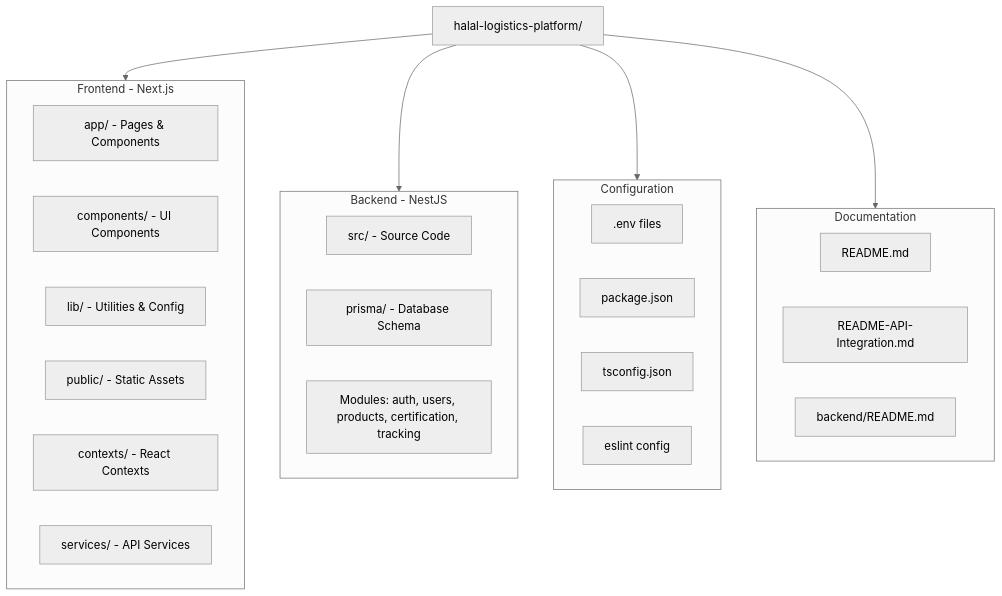
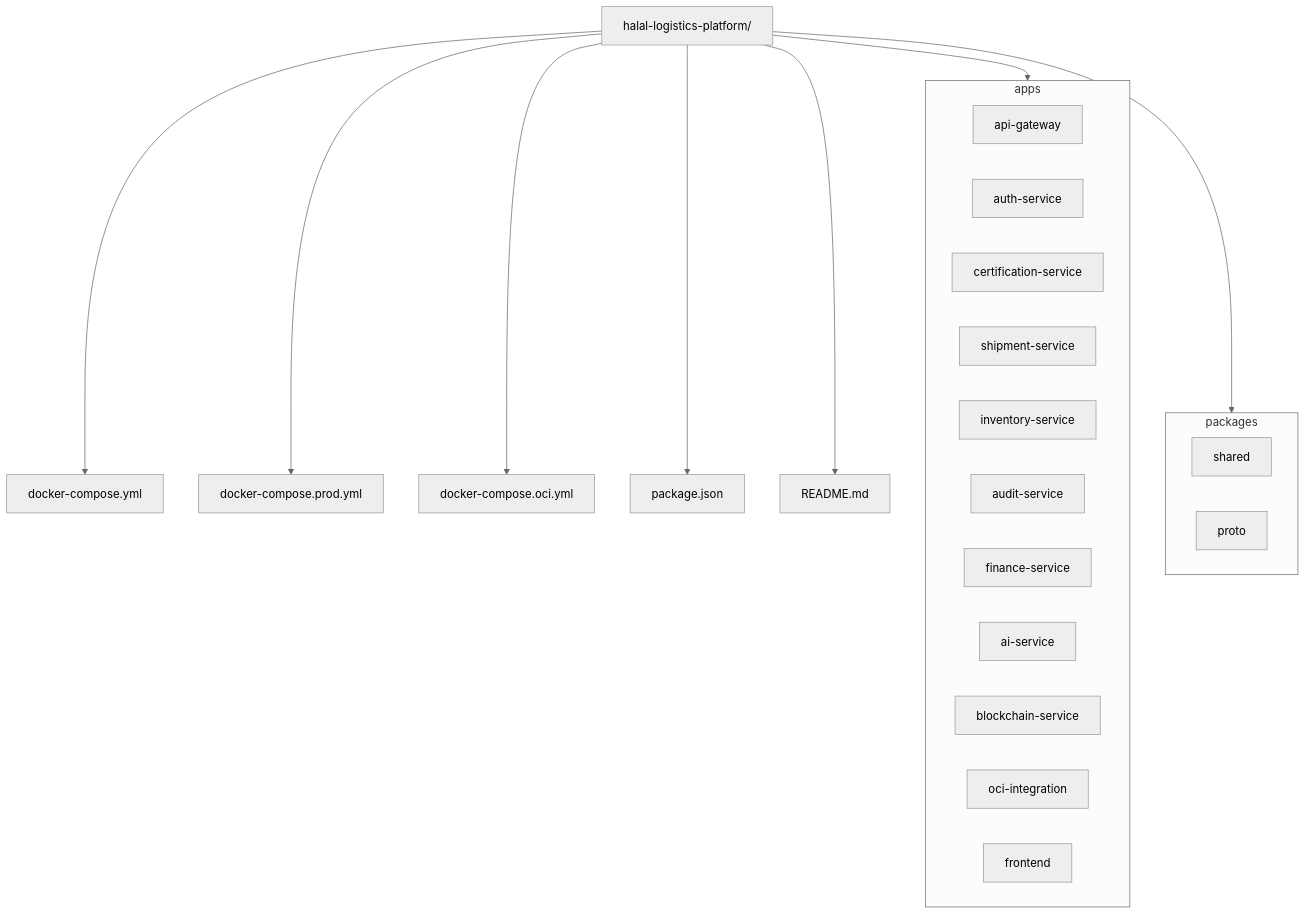
The second of 2 diagrams in README.md (kk666679/Halal-Logistics), drawn with Mermaid (neutral theme) before and after one commit. The commit also changed other lines of this file, not shown here.

First line of the commit message:
Revise README for microservices architecture and updates

````diff
--- a/README.md
+++ b/README.md
@@ -87,37 +121,31 @@
 ```mermaid
 graph TD
   A[halal-logistics-platform/]
 
-  subgraph frontend [Frontend - Next.js]
-    FE[app/ - Pages & Components]
-    COMP[components/ - UI Components]
-    LIB[lib/ - Utilities & Config]
-    PUB[public/ - Static Assets]
-    CONT[contexts/ - React Contexts]
-    SERV[services/ - API Services]
+  subgraph apps
+    AG[api-gateway]
+    AU[auth-service]
+    CE[certification-service]
+    SH[shipment-service]
+    IN[inventory-service]
+    AU2[audit-service]
+    FI[finance-service]
+    AI[ai-service]
+    BC[blockchain-service]
+    OCI[oci-integration]
+    FE[frontend]
   end
 
-  subgraph backend [Backend - NestJS]
-    SRC[src/ - Source Code]
-    PRIS[prisma/ - Database Schema]
-    MOD[Modules: auth, users, products, certification, tracking]
+  subgraph packages
+    SHD[shared]
+    PRO[proto]
   end
 
-  subgraph config [Configuration]
-    ENV[.env files]
-    PKG[package.json]
-    TS[tsconfig.json]
-    ESL[eslint config]
-  end
-
-  subgraph docs [Documentation]
-    READ[README.md]
-    API[README-API-Integration.md]
-    BACK[backend/README.md]
-  end
-
-  A --> frontend
-  A --> backend
-  A --> config
-  A --> docs
+  A --> apps
+  A --> packages
+  A --> CFG[docker-compose.yml]
+  A --> CFG2[docker-compose.prod.yml]
+  A --> CFG3[docker-compose.oci.yml]
+  A --> PKG[package.json]
+  A --> DOC[README.md]
 ```
````
